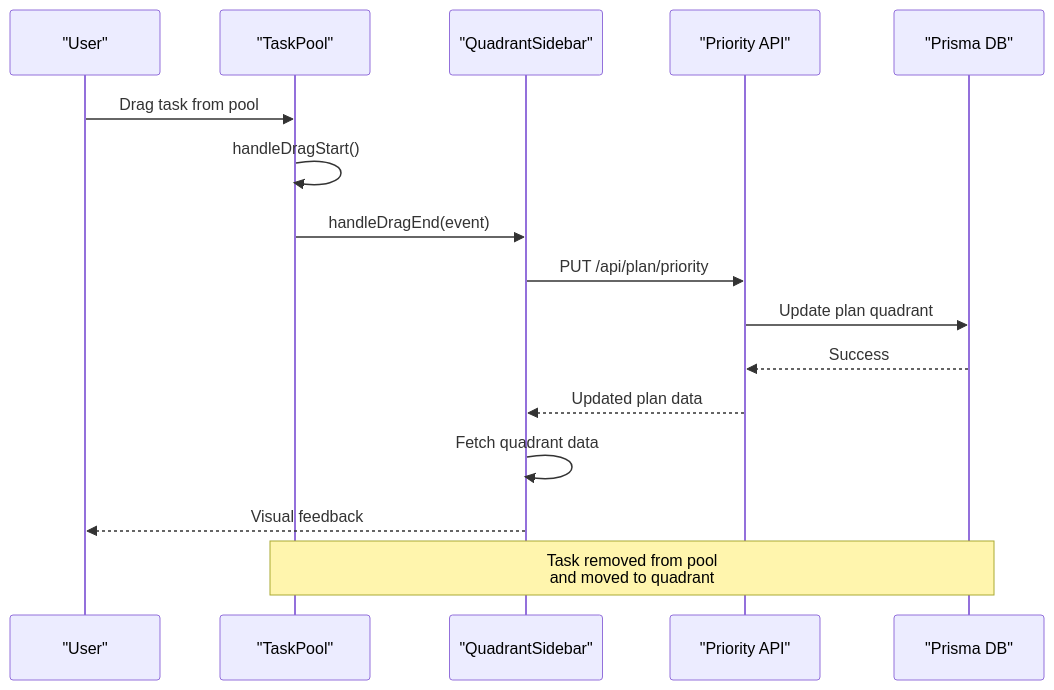
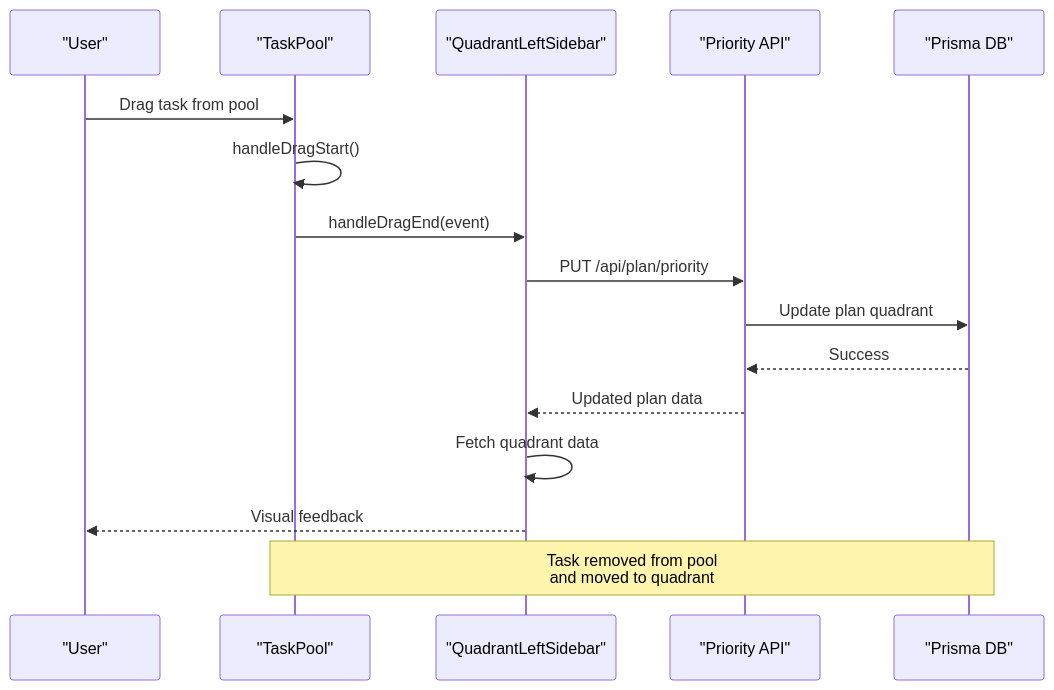
The fourth of 8 diagrams in .qoder/repowiki/en/content/UI Components/Drag-and-Drop Functionality.md (peixuanhu/goal-mate), drawn with Mermaid before and after one commit. The commit also changed other lines of this file and 3 other files, not shown here.

````diff
--- a/.qoder/repowiki/en/content/UI Components/Drag-and-Drop Functionality.md
+++ b/.qoder/repowiki/en/content/UI Components/Drag-and-Drop Functionality.md
@@ -163,18 +160,18 @@
 ```mermaid
 sequenceDiagram
 participant User as "User"
 participant TP as "TaskPool"
-participant QS as "QuadrantSidebar"
+participant QLS as "QuadrantLeftSidebar"
 participant API as "Priority API"
 participant DB as "Prisma DB"
 User->>TP : Drag task from pool
 TP->>TP : handleDragStart()
-TP->>QS : handleDragEnd(event)
-QS->>API : PUT /api/plan/priority
+TP->>QLS : handleDragEnd(event)
+QLS->>API : PUT /api/plan/priority
 API->>DB : Update plan quadrant
 DB-->>API : Success
-API-->>QS : Updated plan data
-QS->>QS : Fetch quadrant data
-QS-->>User : Visual feedback
+API-->>QLS : Updated plan data
+QLS->>QLS : Fetch quadrant data
+QLS-->>User : Visual feedback
 Note over TP,DB : Task removed from pool<br/>and moved to quadrant
 ```
````
